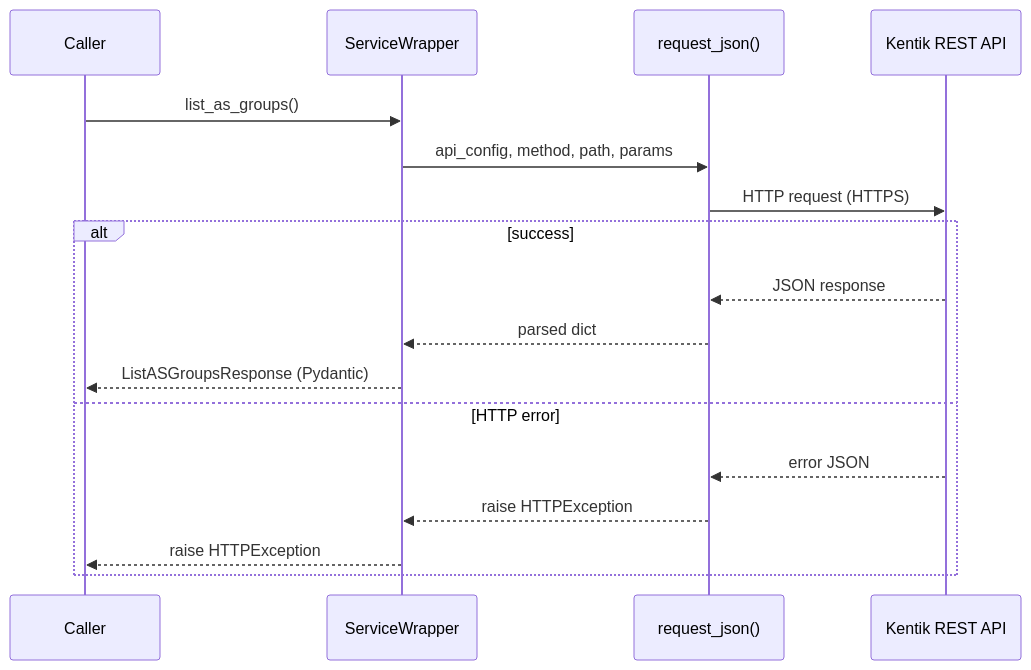
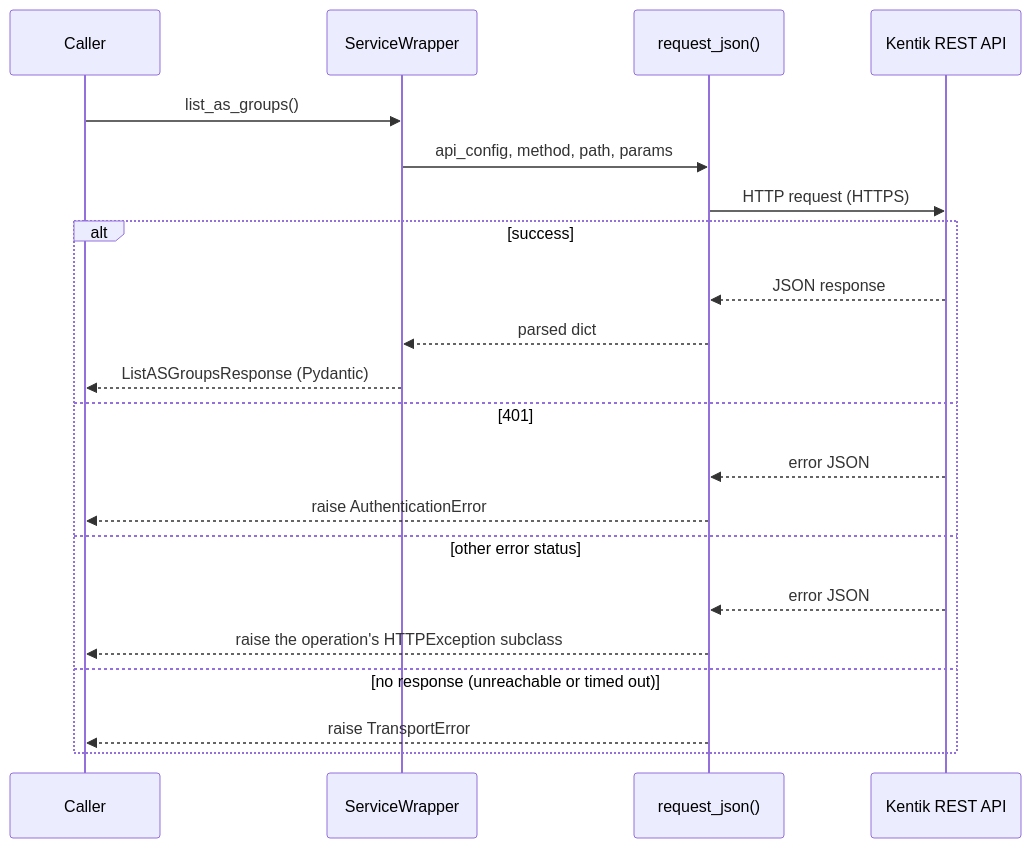
The first of 2 diagrams in docs/sphinx/guides/grpc.md (alexdearaujo/community_sdk_python), drawn with Mermaid before and after one commit. The commit also changed other lines of this file and 3 other files, not shown here.

````diff
--- a/docs/sphinx/guides/grpc.md
+++ b/docs/sphinx/guides/grpc.md
@@ -36,20 +36,24 @@
 ```mermaid
 sequenceDiagram
     participant C as Caller
     participant W as ServiceWrapper
     participant RJ as request_json()
     participant API as Kentik REST API
 
     C->>W: list_as_groups()
     W->>RJ: api_config, method, path, params
     RJ->>API: HTTP request (HTTPS)
     alt success
         API-->>RJ: JSON response
         RJ-->>W: parsed dict
         W-->>C: ListASGroupsResponse (Pydantic)
-    else HTTP error
+    else 401
         API-->>RJ: error JSON
-        RJ-->>W: raise HTTPException
-        W-->>C: raise HTTPException
+        RJ-->>C: raise AuthenticationError
+    else other error status
+        API-->>RJ: error JSON
+        RJ-->>C: raise the operation's HTTPException subclass
+    else no response (unreachable or timed out)
+        RJ-->>C: raise TransportError
     end
 ```
````
